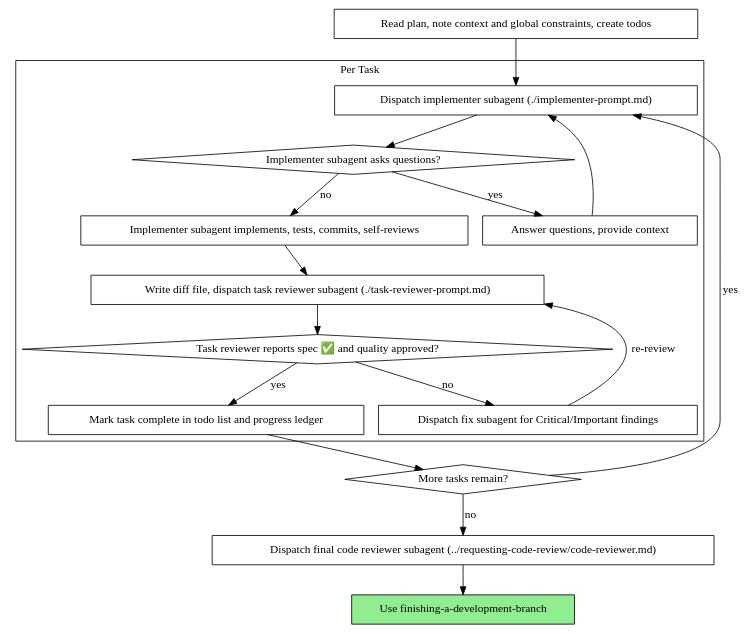
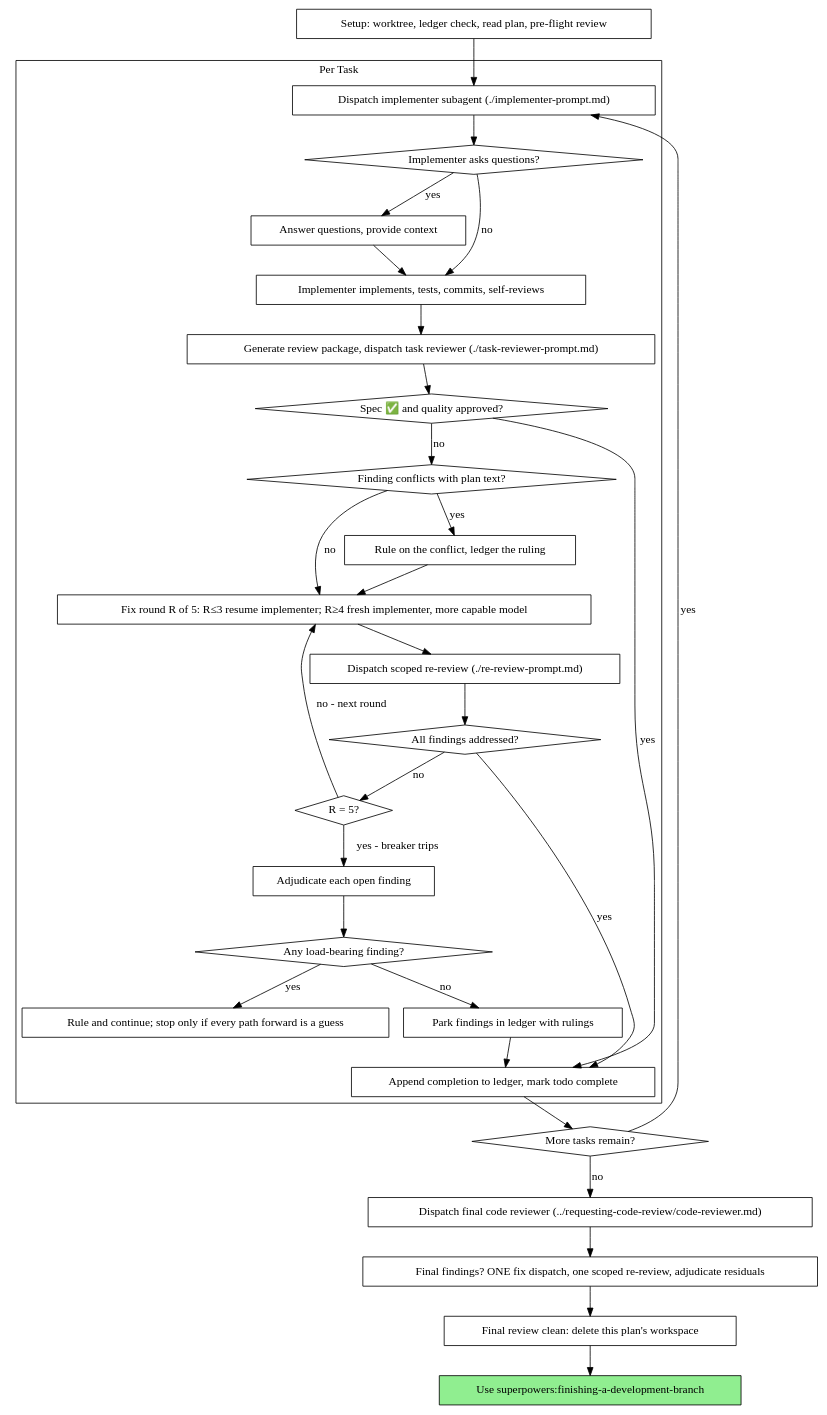
Before and after one commit to jjundev/ai-skills: the second of 2 diagrams in subagent-driven-development/SKILL.md, drawn with Graphviz. The commit also changed other lines of this file and 63 other files, not shown here.

````diff
--- a/subagent-driven-development/SKILL.md
+++ b/subagent-driven-development/SKILL.md
@@ -47,37 +61,62 @@
 ```dot
 digraph process {
     rankdir=TB;
 
     subgraph cluster_per_task {
         label="Per Task";
         "Dispatch implementer subagent (./implementer-prompt.md)" [shape=box];
-        "Implementer subagent asks questions?" [shape=diamond];
+        "Implementer asks questions?" [shape=diamond];
         "Answer questions, provide context" [shape=box];
-        "Implementer subagent implements, tests, commits, self-reviews" [shape=box];
-        "Write diff file, dispatch task reviewer subagent (./task-reviewer-prompt.md)" [shape=box];
-        "Task reviewer reports spec ✅ and quality approved?" [shape=diamond];
-        "Dispatch fix subagent for Critical/Important findings" [shape=box];
-        "Mark task complete in todo list and progress ledger" [shape=box];
+        "Implementer implements, tests, commits, self-reviews" [shape=box];
+        "Generate review package, dispatch task reviewer (./task-reviewer-prompt.md)" [shape=box];
+        "Spec ✅ and quality approved?" [shape=diamond];
+        "Finding conflicts with plan text?" [shape=diamond];
+        "Rule on the conflict, ledger the ruling" [shape=box];
+        "Fix round R of 5: R≤3 resume implementer; R≥4 fresh implementer, more capable model" [shape=box];
+        "Dispatch scoped re-review (./re-review-prompt.md)" [shape=box];
+        "All findings addressed?" [shape=diamond];
+        "R = 5?" [shape=diamond];
+        "Adjudicate each open finding" [shape=box];
+        "Any load-bearing finding?" [shape=diamond];
+        "Rule and continue; stop only if every path forward is a guess" [shape=box];
+        "Park findings in ledger with rulings" [shape=box];
+        "Append completion to ledger, mark todo complete" [shape=box];
     }
 
-    "Read plan, note context and global constraints, create todos" [shape=box];
+    "Setup: worktree, ledger check, read plan, pre-flight review" [shape=box];
     "More tasks remain?" [shape=diamond];
-    "Dispatch final code reviewer subagent (../requesting-code-review/code-reviewer.md)" [shape=box];
-    "Use finishing-a-development-branch" [shape=box style=filled fillcolor=lightgreen];
+    "Dispatch final code reviewer (../requesting-code-review/code-reviewer.md)" [shape=box];
+    "Final findings? ONE fix dispatch, one scoped re-review, adjudicate residuals" [shape=box];
+    "Final review clean: delete this plan's workspace" [shape=box];
+    "Use superpowers:finishing-a-development-branch" [shape=box style=filled fillcolor=lightgreen];
 
-    "Read plan, note context and global constraints, create todos" -> "Dispatch implementer subagent (./implementer-prompt.md)";
-    "Dispatch implementer subagent (./implementer-prompt.md)" -> "Implementer subagent asks questions?";
-    "Implementer subagent asks questions?" -> "Answer questions, provide context" [label="yes"];
-    "Answer questions, provide context" -> "Dispatch implementer subagent (./implementer-prompt.md)";
-    "Implementer subagent asks questions?" -> "Implementer subagent implements, tests, commits, self-reviews" [label="no"];
-    "Implementer subagent implements, tests, commits, self-reviews" -> "Write diff file, dispatch task reviewer subagent (./task-reviewer-prompt.md)";
-    "Write diff file, dispatch task reviewer subagent (./task-reviewer-prompt.md)" -> "Task reviewer reports spec ✅ and quality approved?";
-    "Task reviewer reports spec ✅ and quality approved?" -> "Dispatch fix subagent for Critical/Important findings" [label="no"];
-    "Dispatch fix subagent for Critical/Important findings" -> "Write diff file, dispatch task reviewer subagent (./task-reviewer-prompt.md)" [label="re-review"];
-    "Task reviewer reports spec ✅ and quality approved?" -> "Mark task complete in todo list and progress ledger" [label="yes"];
-    "Mark task complete in todo list and progress ledger" -> "More tasks remain?";
+    "Setup: worktree, ledger check, read plan, pre-flight review" -> "Dispatch implementer subagent (./implementer-prompt.md)";
+    "Dispatch implementer subagent (./implementer-prompt.md)" -> "Implementer asks questions?";
+    "Implementer asks questions?" -> "Answer questions, provide context" [label="yes"];
+    "Answer questions, provide context" -> "Implementer implements, tests, commits, self-reviews";
+    "Implementer asks questions?" -> "Implementer implements, tests, commits, self-reviews" [label="no"];
+    "Implementer implements, tests, commits, self-reviews" -> "Generate review package, dispatch task reviewer (./task-reviewer-prompt.md)";
+    "Generate review package, dispatch task reviewer (./task-reviewer-prompt.md)" -> "Spec ✅ and quality approved?";
+    "Spec ✅ and quality approved?" -> "Append completion to ledger, mark todo complete" [label="yes"];
+    "Spec ✅ and quality approved?" -> "Finding conflicts with plan text?" [label="no"];
+    "Finding conflicts with plan text?" -> "Rule on the conflict, ledger the ruling" [label="yes"];
+    "Rule on the conflict, ledger the ruling" -> "Fix round R of 5: R≤3 resume implementer; R≥4 fresh implementer, more capable model";
+    "Finding conflicts with plan text?" -> "Fix round R of 5: R≤3 resume implementer; R≥4 fresh implementer, more capable model" [label="no"];
+    "Fix round R of 5: R≤3 resume implementer; R≥4 fresh implementer, more capable model" -> "Dispatch scoped re-review (./re-review-prompt.md)";
+    "Dispatch scoped re-review (./re-review-prompt.md)" -> "All findings addressed?";
+    "All findings addressed?" -> "Append completion to ledger, mark todo complete" [label="yes"];
+    "All findings addressed?" -> "R = 5?" [label="no"];
+    "R = 5?" -> "Fix round R of 5: R≤3 resume implementer; R≥4 fresh implementer, more capable model" [label="no - next round"];
+    "R = 5?" -> "Adjudicate each open finding" [label="yes - breaker trips"];
+    "Adjudicate each open finding" -> "Any load-bearing finding?";
+    "Any load-bearing finding?" -> "Rule and continue; stop only if every path forward is a guess" [label="yes"];
+    "Any load-bearing finding?" -> "Park findings in ledger with rulings" [label="no"];
+    "Park findings in ledger with rulings" -> "Append completion to ledger, mark todo complete";
+    "Append completion to ledger, mark todo complete" -> "More tasks remain?";
     "More tasks remain?" -> "Dispatch implementer subagent (./implementer-prompt.md)" [label="yes"];
-    "More tasks remain?" -> "Dispatch final code reviewer subagent (../requesting-code-review/code-reviewer.md)" [label="no"];
-    "Dispatch final code reviewer subagent (../requesting-code-review/code-reviewer.md)" -> "Use finishing-a-development-branch";
+    "More tasks remain?" -> "Dispatch final code reviewer (../requesting-code-review/code-reviewer.md)" [label="no"];
+    "Dispatch final code reviewer (../requesting-code-review/code-reviewer.md)" -> "Final findings? ONE fix dispatch, one scoped re-review, adjudicate residuals";
+    "Final findings? ONE fix dispatch, one scoped re-review, adjudicate residuals" -> "Final review clean: delete this plan's workspace";
+    "Final review clean: delete this plan's workspace" -> "Use superpowers:finishing-a-development-branch";
 }
 ```
````
